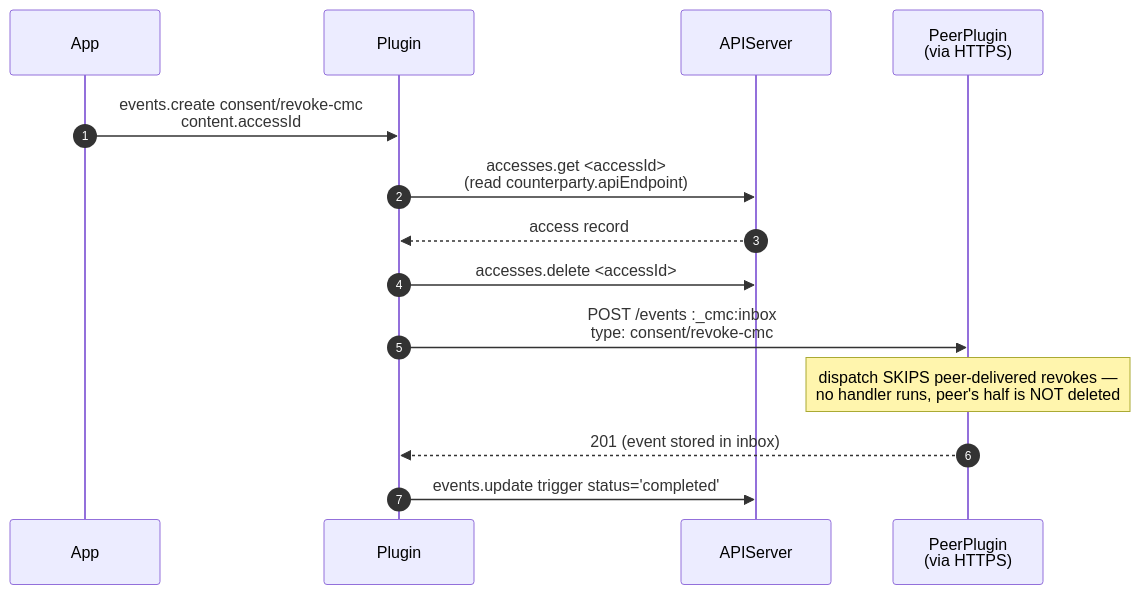
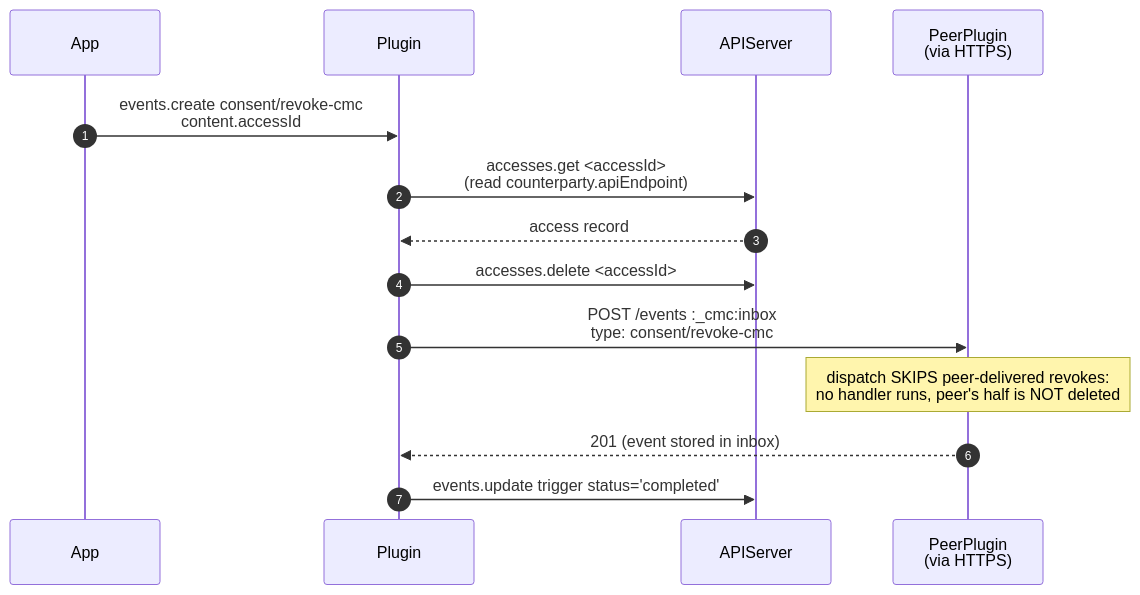
One commit to pryv/open-pryv.io changed diagram 13 of 14 in components/cmc/INTERNALS.md. Above: the diagram before and after it, drawn with Mermaid. The commit also changed other lines of this file and 5 other files, not shown here.

````diff
--- a/components/cmc/INTERNALS.md
+++ b/components/cmc/INTERNALS.md
@@ -511,17 +511,17 @@
 ```mermaid
 sequenceDiagram
     autonumber
     participant App
     participant Plugin
     participant APIServer
     participant Peer as PeerPlugin<br/>(via HTTPS)
 
     App->>Plugin: events.create consent/revoke-cmc<br/>content.accessId
     Plugin->>APIServer: accesses.get <accessId><br/>(read counterparty.apiEndpoint)
     APIServer-->>Plugin: access record
     Plugin->>APIServer: accesses.delete <accessId>
     Plugin->>Peer: POST /events :_cmc:inbox<br/>type: consent/revoke-cmc
-    Note over Peer: dispatch SKIPS peer-delivered revokes —<br/>no handler runs, peer's half is NOT deleted
+    Note over Peer: dispatch SKIPS peer-delivered revokes:<br/>no handler runs, peer's half is NOT deleted
     Peer-->>Plugin: 201 (event stored in inbox)
     Plugin->>APIServer: events.update trigger status='completed'
 ```
````
